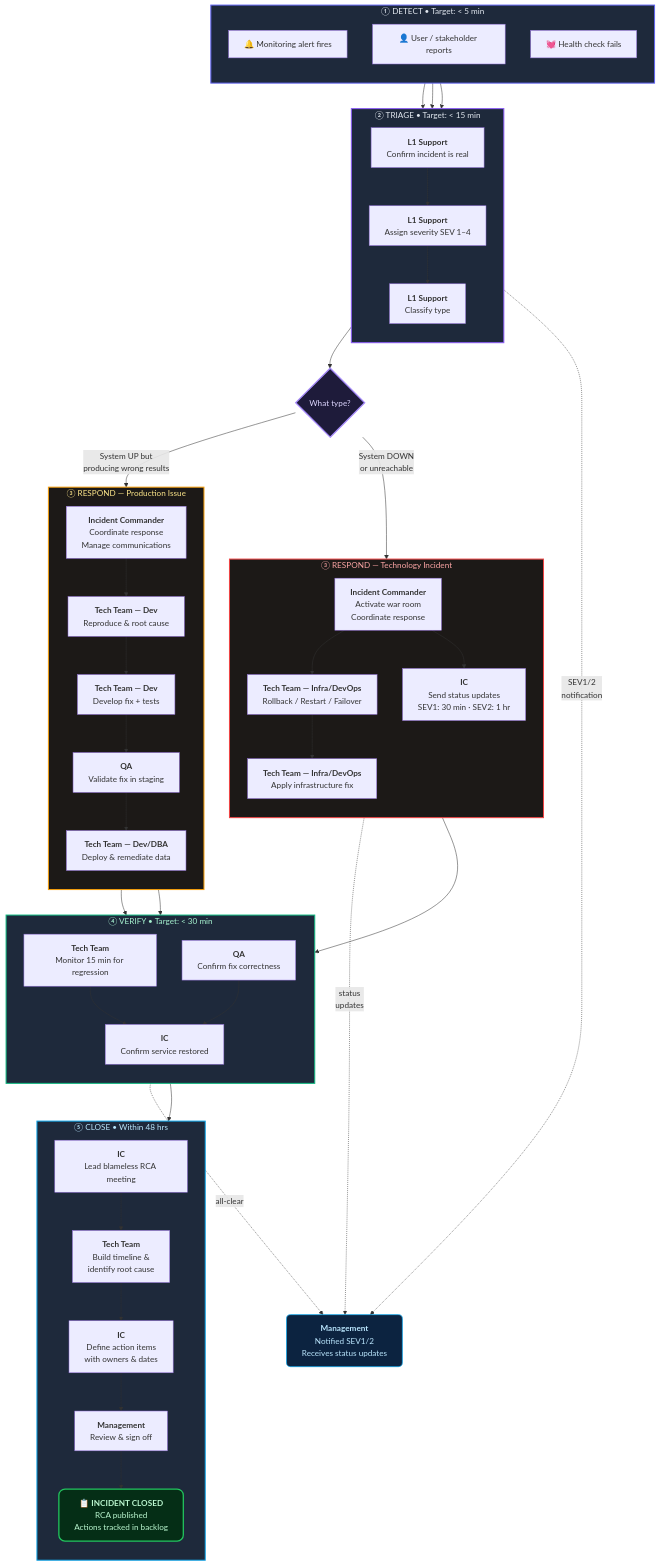
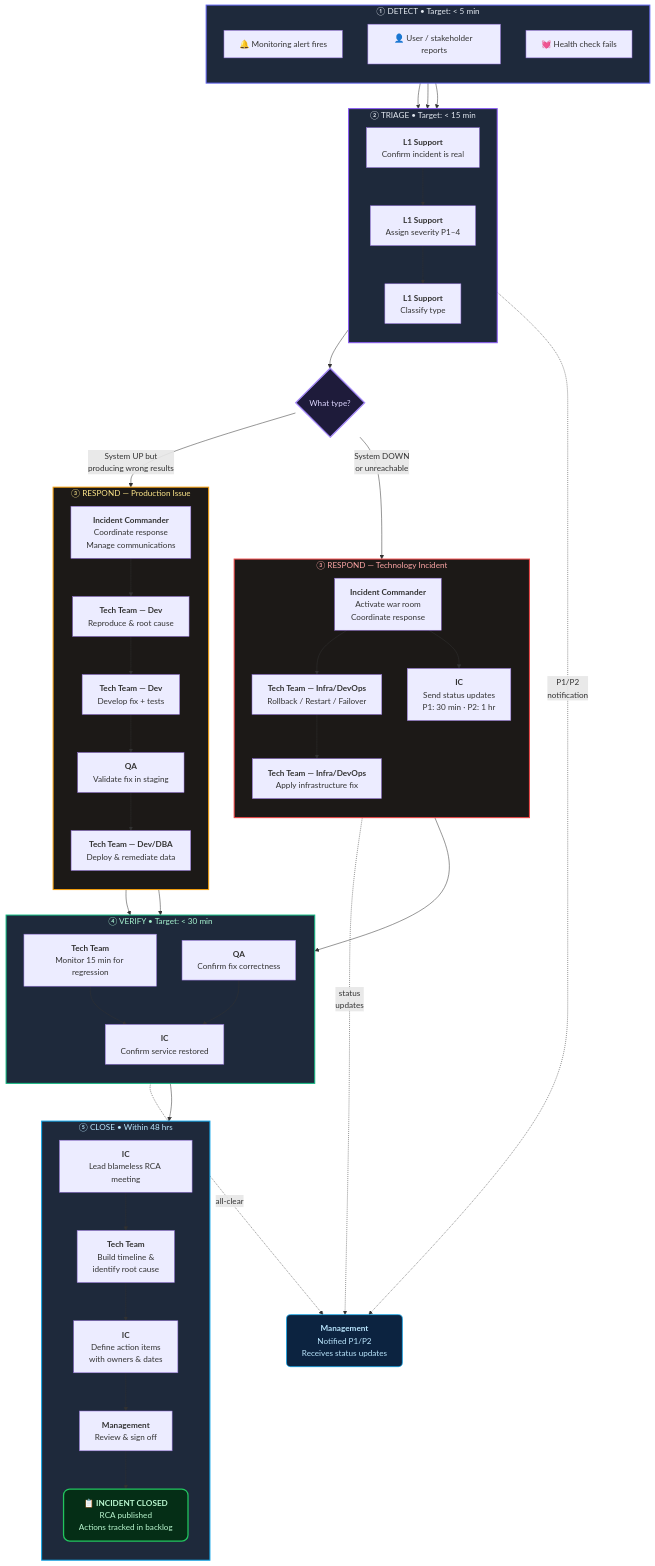
Before and after one commit to dsonerd/sharable: the first of 3 diagrams in solutions/incident-managment/swimlane-flow.md, drawn with Mermaid. The commit also changed other lines of this file and 5 other files, not shown here.

First line of the commit message:
Rename SEV to P (Priority) across all incident management files

```diff
--- a/solutions/incident-managment/swimlane-flow.md
+++ b/solutions/incident-managment/swimlane-flow.md
@@ -137,7 +137,7 @@
     subgraph S2["② TRIAGE  •  Target: < 15 min"]
         direction TB
         B1["<b>L1 Support</b><br/>Confirm incident is real"]
-        B2["<b>L1 Support</b><br/>Assign severity SEV 1–4"]
+        B2["<b>L1 Support</b><br/>Assign severity P1–4"]
         B3["<b>L1 Support</b><br/>Classify type"]
         B1 --> B2 --> B3
     end
@@ -156,7 +156,7 @@
         C1["<b>Incident Commander</b><br/>Activate war room<br/>Coordinate response"]
         C2["<b>Tech Team — Infra/DevOps</b><br/>Rollback / Restart / Failover"]
         C3["<b>Tech Team — Infra/DevOps</b><br/>Apply infrastructure fix"]
-        C4["<b>IC</b><br/>Send status updates<br/>SEV1: 30 min · SEV2: 1 hr"]
+        C4["<b>IC</b><br/>Send status updates<br/>P1: 30 min · P2: 1 hr"]
         C1 --> C2 --> C3
         C1 --> C4
     end
@@ -211,9 +211,9 @@
     %% ═══════════════════════════════════════
     %% MANAGEMENT — parallel notification
     %% ═══════════════════════════════════════
-    MGT["<b>Management</b><br/>Notified SEV1/2<br/>Receives status updates"]
+    MGT["<b>Management</b><br/>Notified P1/P2<br/>Receives status updates"]
 
-    B2 -. "SEV1/2<br/>notification" .-> MGT
+    B2 -. "P1/P2<br/>notification" .-> MGT
     C4 -. "status<br/>updates" .-> MGT
     E3 -. "all-clear" .-> MGT
 
```
